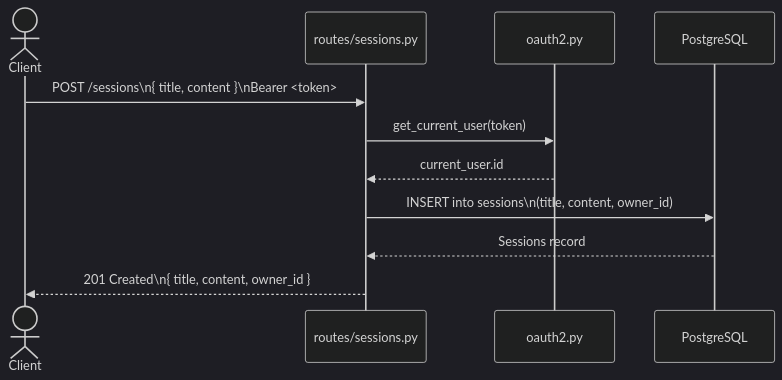
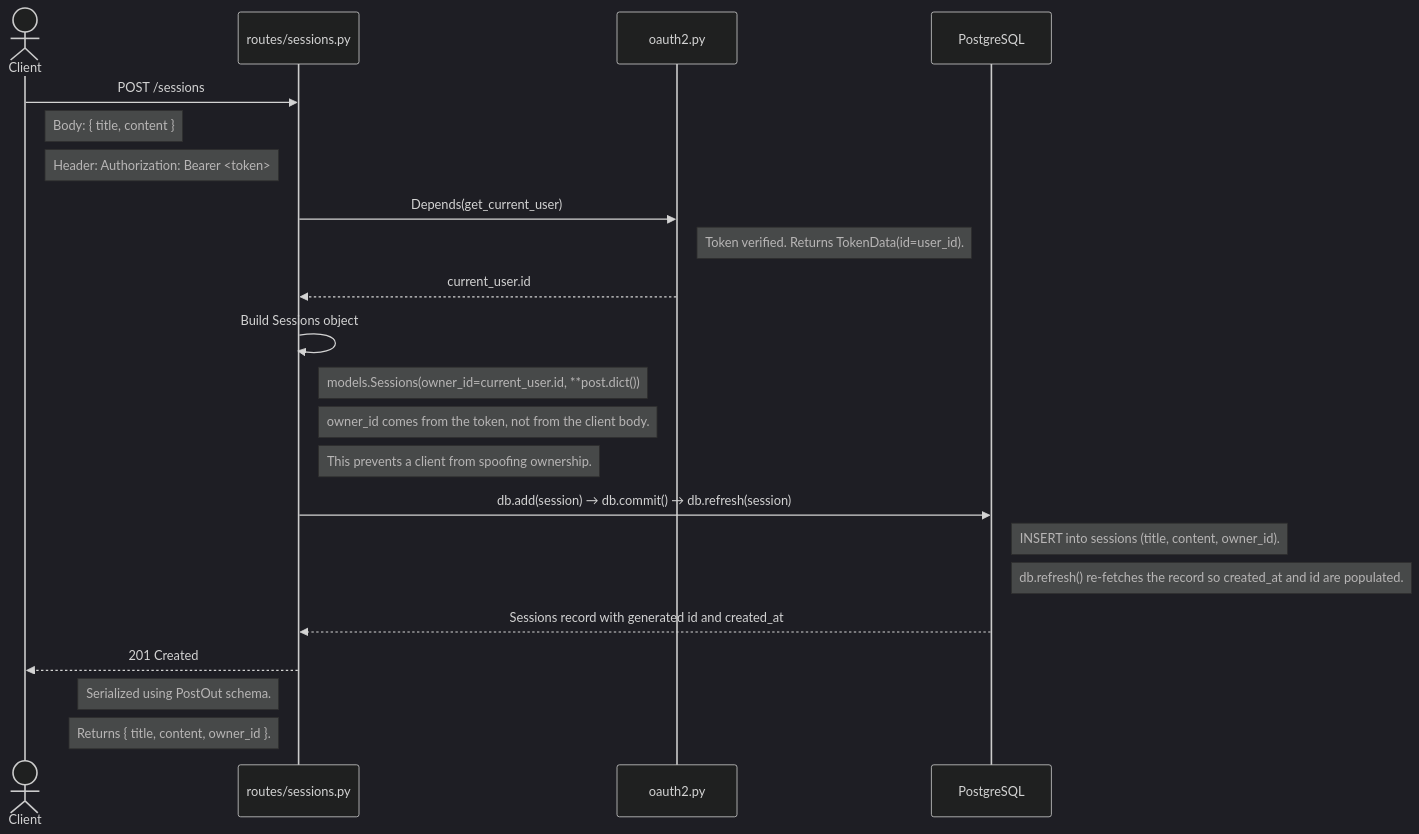
One commit to john3lizama/Music_Practice_Companion changed the fourth of 7 diagrams in docs/05_sequence_diagrams.md. Above: the diagram before and after it, drawn with Mermaid (dark theme). The commit also changed other lines of this file and 5 other files, not shown here.

Commit message:
Enhance audio data pipeline documentation: clarify purpose, structure, and flow; detail each processing step with inputs, outputs, and algorithms; improve feedback generation and scoring sections; and outline implementation order and future enhancements.

````diff
--- a/docs/05_sequence_diagrams.md
+++ b/docs/05_sequence_diagrams.md
@@ -88,16 +178,30 @@
 ```mermaid
 sequenceDiagram
     actor Client
-    participant Route as routes/sessions.py
-    participant OAuth as oauth2.py
-    participant DB as PostgreSQL
 
-    Client->>Route: POST /sessions\n{ title, content }\nBearer <token>
-    Route->>OAuth: get_current_user(token)
+    participant Route   as routes/sessions.py
+    participant OAuth   as oauth2.py
+    participant DB      as PostgreSQL
+
+    Client->>Route: POST /sessions
+    Note right of Client: Body: { title, content }
+    Note right of Client: Header: Authorization: Bearer <token>
+
+    Route->>OAuth: Depends(get_current_user)
+    Note right of OAuth: Token verified. Returns TokenData(id=user_id).
     OAuth-->>Route: current_user.id
 
-    Route->>DB: INSERT into sessions\n(title, content, owner_id)
-    DB-->>Route: Sessions record
+    Route->>Route: Build Sessions object
+    Note right of Route: models.Sessions(owner_id=current_user.id, **post.dict())
+    Note right of Route: owner_id comes from the token, not from the client body.
+    Note right of Route: This prevents a client from spoofing ownership.
 
-    Route-->>Client: 201 Created\n{ title, content, owner_id }
+    Route->>DB: db.add(session) → db.commit() → db.refresh(session)
+    Note right of DB: INSERT into sessions (title, content, owner_id).
+    Note right of DB: db.refresh() re-fetches the record so created_at and id are populated.
+    DB-->>Route: Sessions record with generated id and created_at
+
+    Route-->>Client: 201 Created
+    Note left of Route: Serialized using PostOut schema.
+    Note left of Route: Returns { title, content, owner_id }.
 ```
````
